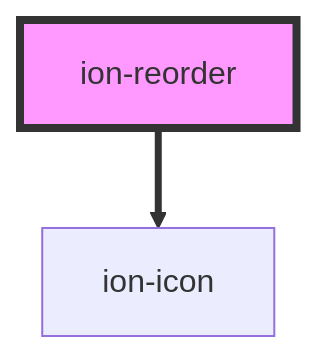
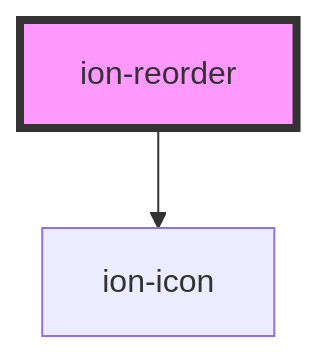
The diagram in core/src/components/reorder/readme.md (ionic-team/ionic-framework), drawn with Mermaid before and after one commit. The commit also changed 39 other files, not shown here.

````diff
--- a/core/src/components/reorder/readme.md
+++ b/core/src/components/reorder/readme.md
@@ -22,5 +22,5 @@
 ```mermaid
 graph TD;
-  ion-reorder ==> ion-icon
+  ion-reorder --> ion-icon
   style ion-reorder fill:#f9f,stroke:#333,stroke-width:4px
 ```
````
